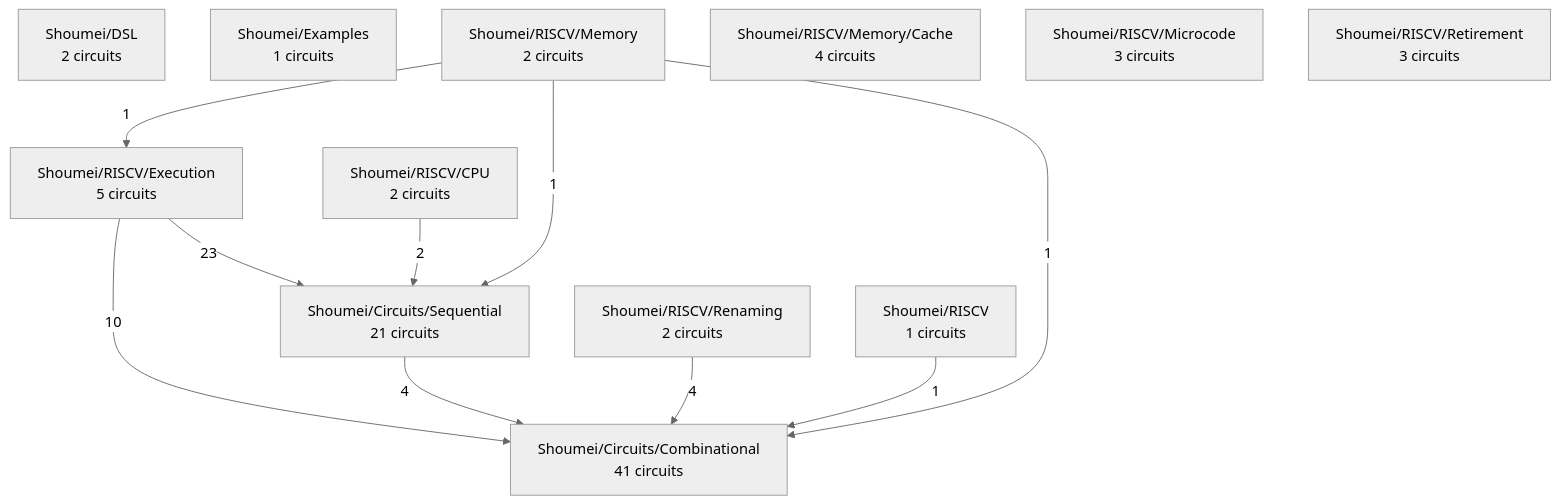
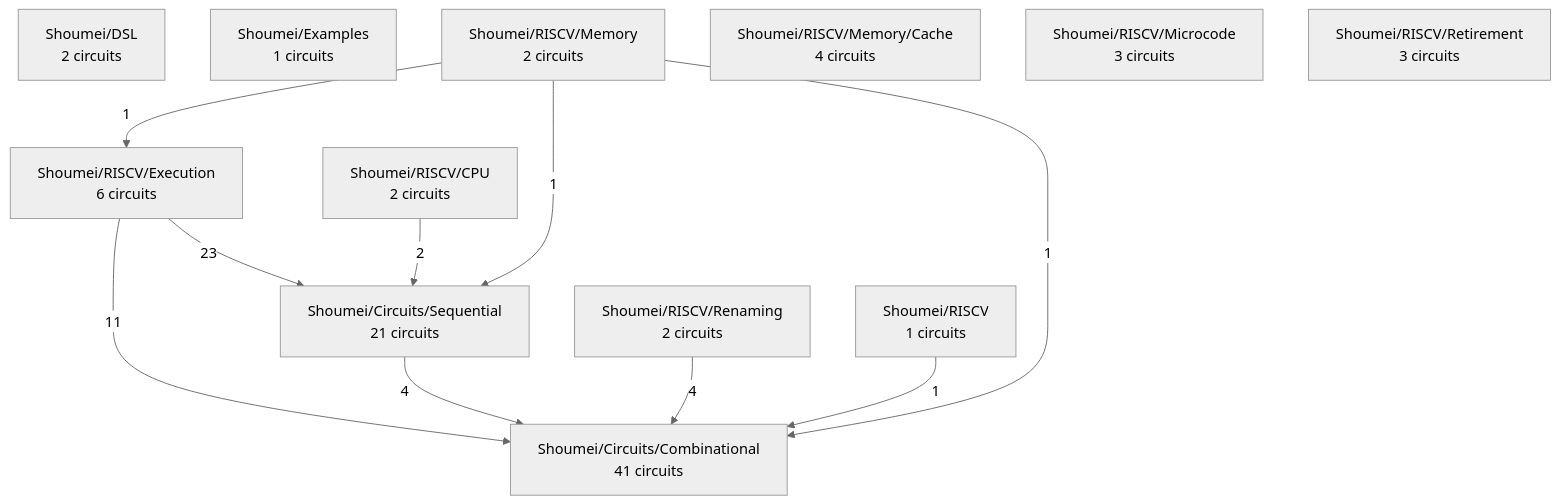
The diagram in docs/project-map.md (atvrager/Shoumei-RTL), drawn with Mermaid (neutral theme) before and after one commit. The commit also changed other lines of this file and 32 other files, not shown here.

````diff
--- a/docs/project-map.md
+++ b/docs/project-map.md
@@ -25,24 +25,24 @@
 ```mermaid
 graph TD
   Shoumei_Circuits_Combinational["Shoumei/Circuits/Combinational<br/>41 circuits"]
   Shoumei_Circuits_Sequential["Shoumei/Circuits/Sequential<br/>21 circuits"]
   Shoumei_DSL["Shoumei/DSL<br/>2 circuits"]
   Shoumei_Examples["Shoumei/Examples<br/>1 circuits"]
   Shoumei_RISCV["Shoumei/RISCV<br/>1 circuits"]
   Shoumei_RISCV_CPU["Shoumei/RISCV/CPU<br/>2 circuits"]
-  Shoumei_RISCV_Execution["Shoumei/RISCV/Execution<br/>5 circuits"]
+  Shoumei_RISCV_Execution["Shoumei/RISCV/Execution<br/>6 circuits"]
   Shoumei_RISCV_Memory["Shoumei/RISCV/Memory<br/>2 circuits"]
   Shoumei_RISCV_Memory_Cache["Shoumei/RISCV/Memory/Cache<br/>4 circuits"]
   Shoumei_RISCV_Microcode["Shoumei/RISCV/Microcode<br/>3 circuits"]
   Shoumei_RISCV_Renaming["Shoumei/RISCV/Renaming<br/>2 circuits"]
   Shoumei_RISCV_Retirement["Shoumei/RISCV/Retirement<br/>3 circuits"]
   Shoumei_RISCV_Execution -->|23| Shoumei_Circuits_Sequential
-  Shoumei_RISCV_Execution -->|10| Shoumei_Circuits_Combinational
+  Shoumei_RISCV_Execution -->|11| Shoumei_Circuits_Combinational
   Shoumei_Circuits_Sequential -->|4| Shoumei_Circuits_Combinational
   Shoumei_RISCV_Renaming -->|4| Shoumei_Circuits_Combinational
   Shoumei_RISCV_CPU -->|2| Shoumei_Circuits_Sequential
   Shoumei_RISCV -->|1| Shoumei_Circuits_Combinational
   Shoumei_RISCV_Memory -->|1| Shoumei_Circuits_Combinational
   Shoumei_RISCV_Memory -->|1| Shoumei_Circuits_Sequential
   Shoumei_RISCV_Memory -->|1| Shoumei_RISCV_Execution
 ```
````
